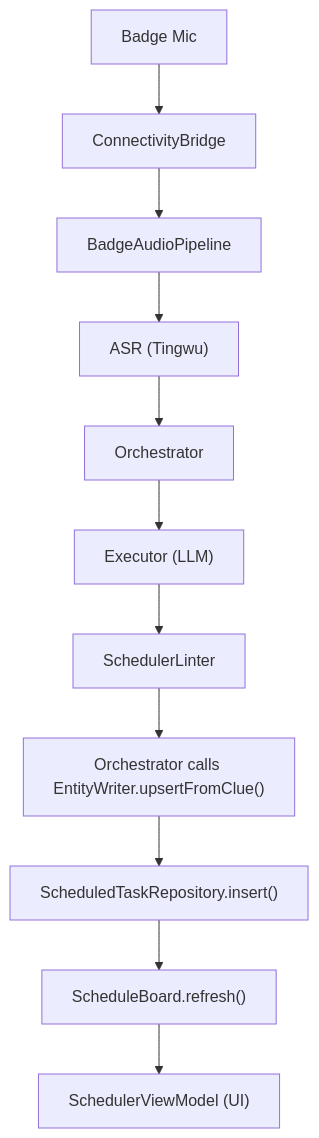
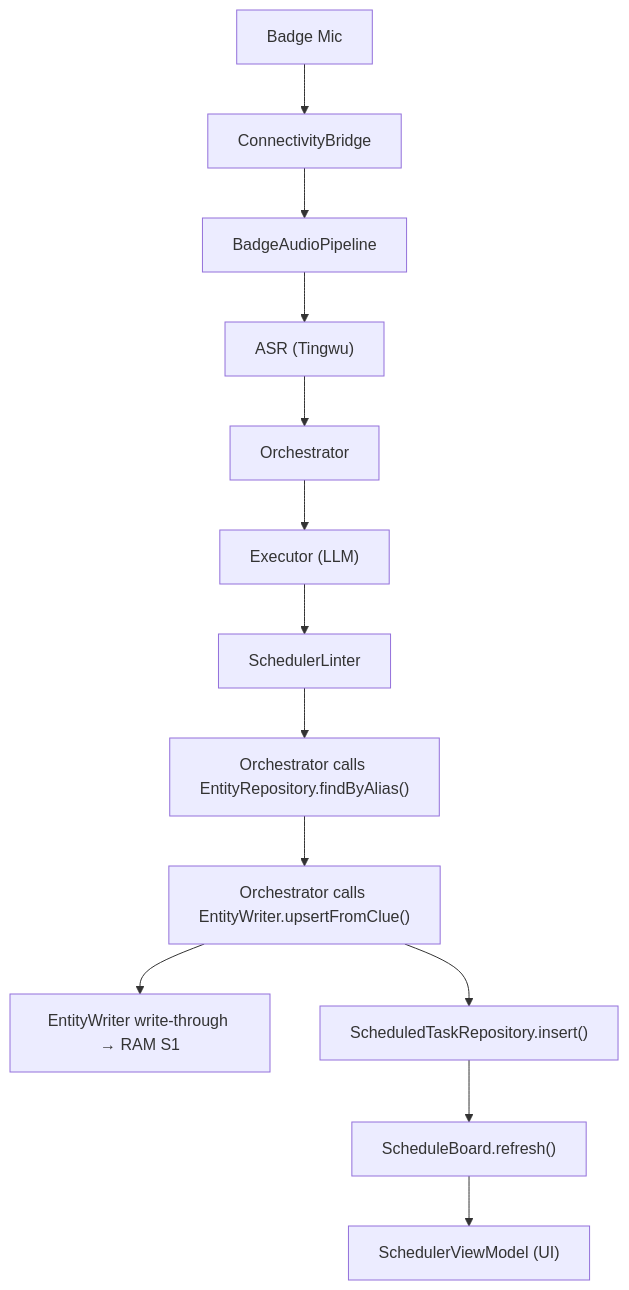
One commit to esir-nus/smart-sales-main changed the diagram in docs/cerb/interface-map.md. Above: the diagram before and after it, drawn with Mermaid. The commit also changed other lines of this file and 33 other files, not shown here.

````diff
--- a/docs/cerb/interface-map.md
+++ b/docs/cerb/interface-map.md
@@ -82,13 +87,15 @@
 ```mermaid
 graph TD
     A["Badge Mic"] --> B["ConnectivityBridge"]
     B --> C["BadgeAudioPipeline"]
     C --> D["ASR (Tingwu)"]
     D --> E["Orchestrator"]
     E --> F["Executor (LLM)"]
     F --> G["SchedulerLinter"]
-    G --> H["Orchestrator calls EntityWriter.upsertFromClue()"]
-    H --> I["ScheduledTaskRepository.insert()"]
+    G --> H1["Orchestrator calls EntityRepository.findByAlias()"]
+    H1 --> H2["Orchestrator calls EntityWriter.upsertFromClue()"]
+    H2 --> H3["EntityWriter write-through → RAM S1"]
+    H2 --> I["ScheduledTaskRepository.insert()"]
     I --> J["ScheduleBoard.refresh()"]
     J --> K["SchedulerViewModel (UI)"]
 ```
````
